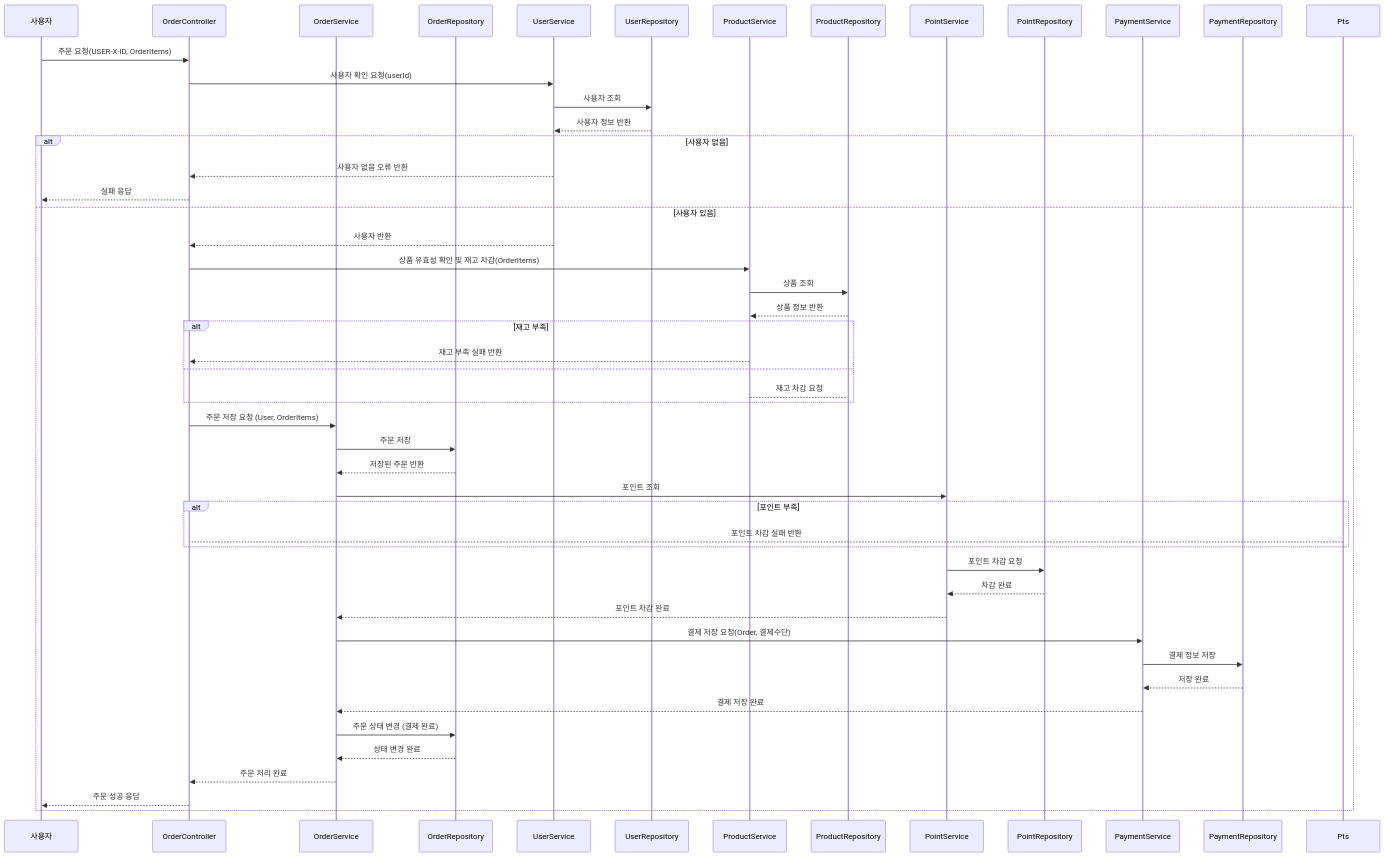
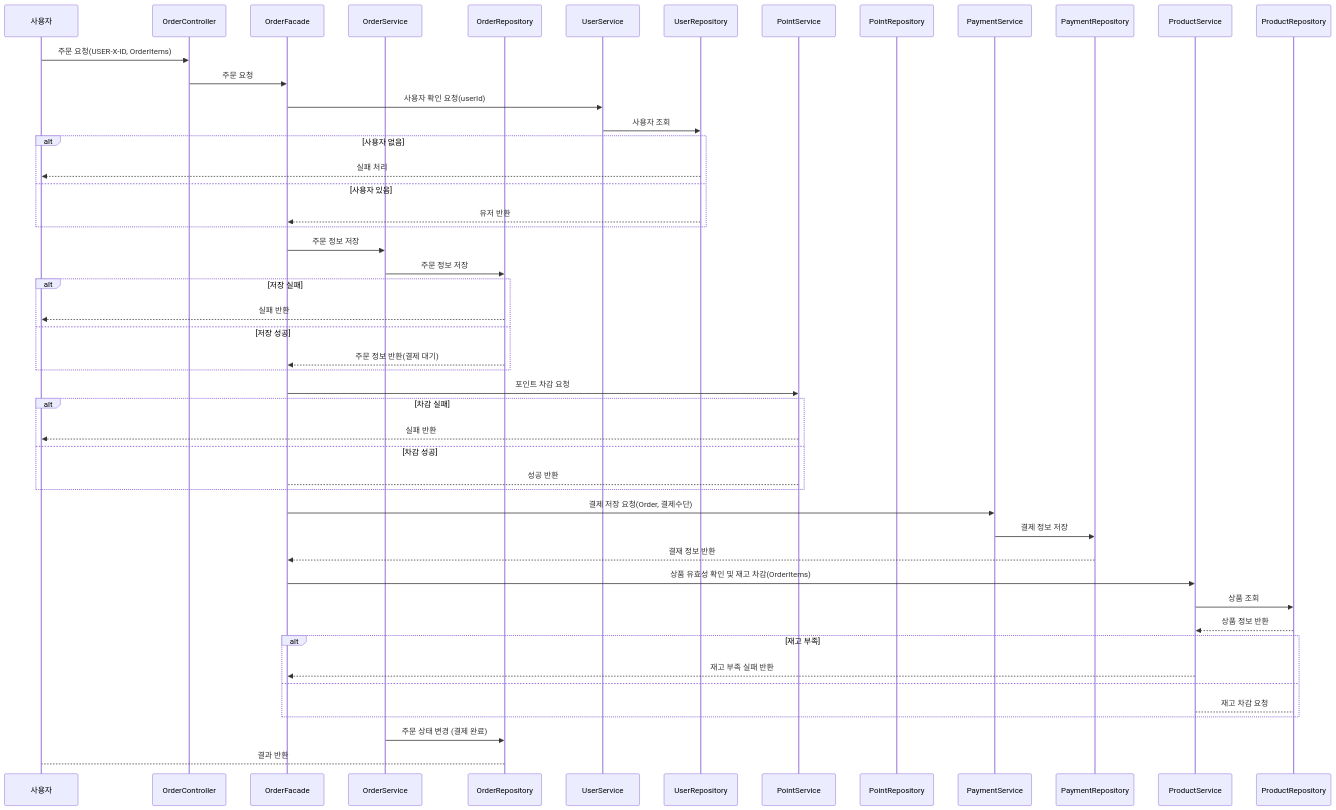
Before and after one commit to donghyeon3813/vibe-commerce: the seventh of 7 diagrams in .docs/02-sequence-diagrams.md, drawn with Mermaid. The commit also changed other lines of this file, not shown here.

Commit message:
fix : sequence-diagrams 수정

````diff
--- a/.docs/02-sequence-diagrams.md
+++ b/.docs/02-sequence-diagrams.md
@@ -207,53 +205,54 @@
 ```mermaid
 sequenceDiagram
     participant 사용자
     participant OC as OrderController
+    participant OF as OrderFacade
     participant OS as OrderService
     participant OR as OrderRepository
     participant US as UserService
     participant UR as UserRepository
-    participant PS as ProductService
-    participant PR as ProductRepository
     participant PtS as PointService
     participant PtR as PointRepository
     participant PayS as PaymentService
     participant PayR as PaymentRepository
+    participant PS as ProductService
+    participant PR as ProductRepository
 
     사용자 ->> OC: 주문 요청(USER-X-ID, OrderItems)
-    OC ->> US: 사용자 확인 요청(userId)
+    OC ->> OF: 주문 요청
+    OF ->> US: 사용자 확인 요청(userId)
     US ->> UR: 사용자 조회
-    UR -->> US: 사용자 정보 반환
     alt 사용자 없음
-        US -->> OC: 사용자 없음 오류 반환
-        OC -->> 사용자: 실패 응답
+        UR -->> 사용자: 실패 처리
     else 사용자 있음
-        US -->> OC: 사용자 반환
-        OC ->> PS: 상품 유효성 확인 및 재고 차감(OrderItems)
-        PS ->> PR: 상품 조회
-        PR -->> PS: 상품 정보 반환
-        alt 재고 부족 
-            PS -->> OC: 재고 부족 실패 반환
-        else
-            PS --> PR: 재고 차감 요청
-        end
-        OC ->> OS: 주문 저장 요청 (User, OrderItems)
-        OS ->> OR: 주문 저장
-        OR -->> OS: 저장된 주문 반환
-        OS ->> PtS: 포인트 조회
-        alt 포인트 부족
-            Pts --> OC: 포인트 차감 실패 반환
-        end
-        PtS ->> PtR: 포인트 차감 요청
-        PtR -->> PtS: 차감 완료
-        PtS -->> OS: 포인트 차감 완료
-        OS ->> PayS: 결제 저장 요청(Order, 결제수단)
-        PayS ->> PayR: 결제 정보 저장
-        PayR -->> PayS: 저장 완료
-        PayS -->> OS: 결제 저장 완료
-        OS ->> OR: 주문 상태 변경 (결제 완료)
-        OR -->> OS: 상태 변경 완료
-        OS -->> OC: 주문 처리 완료
-        OC -->> 사용자: 주문 성공 응답
+        UR -->> OF: 유저 반환
     end
+    OF ->> OS: 주문 정보 저장
+    OS ->> OR: 주문 정보 저장
+    alt 저장 실패
+        OR -->> 사용자: 실패 반환
+    else 저장 성공
+        OR -->> OF: 주문 정보 반환(결제 대기)
+    end
+    OF ->> PtS: 포인트 차감 요청
+    alt 차감 실패
+        PtS -->>사용자: 실패 반환
+    else 차감 성공
+        PtS -->OF:성공 반환
+    end
+    OF ->> PayS: 결제 저장 요청(Order, 결제수단)
+    PayS ->> PayR: 결제 정보 저장
+    PayR -->> OF: 결재 정보 반환
+    OF ->> PS: 상품 유효성 확인 및 재고 차감(OrderItems)
+    PS ->> PR: 상품 조회
+    PR -->> PS: 상품 정보 반환
+    alt 재고 부족 
+        PS -->> OF: 재고 부족 실패 반환
+    else
+        PS --> PR: 재고 차감 요청
+    end
+    OS ->> OR: 주문 상태 변경 (결제 완료)
+    OR --> 사용자 : 결과 반환
+    
     
 ```
````
